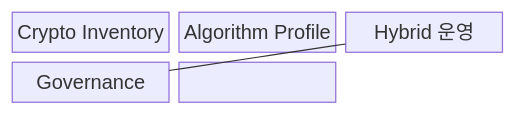
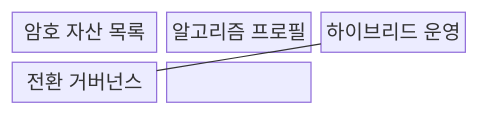
The first of 2 diagrams in src/content/docs/notes/08-latest-tech/216_post_quantum_cryptography.md (agnusdei1207/knowledge-base), drawn with Mermaid before and after one commit. The commit also changed other lines of this file and 20 other files, not shown here.

````diff
--- a/src/content/docs/notes/08-latest-tech/216_post_quantum_cryptography.md
+++ b/src/content/docs/notes/08-latest-tech/216_post_quantum_cryptography.md
@@ -68,10 +73,10 @@
 ```mermaid
 block-beta
   columns 3
-  N0["Crypto Inventory"]
-  N1["Algorithm Profile"]
-  N2["Hybrid 운영"]
-  N3["Governance"]
+  N0["암호 자산 목록"]
+  N1["알고리즘 프로필"]
+  N2["하이브리드 운영"]
+  N3["전환 거버넌스"]
   N0 --- N1 --- N2
   N2 --- N3
 ```
````
